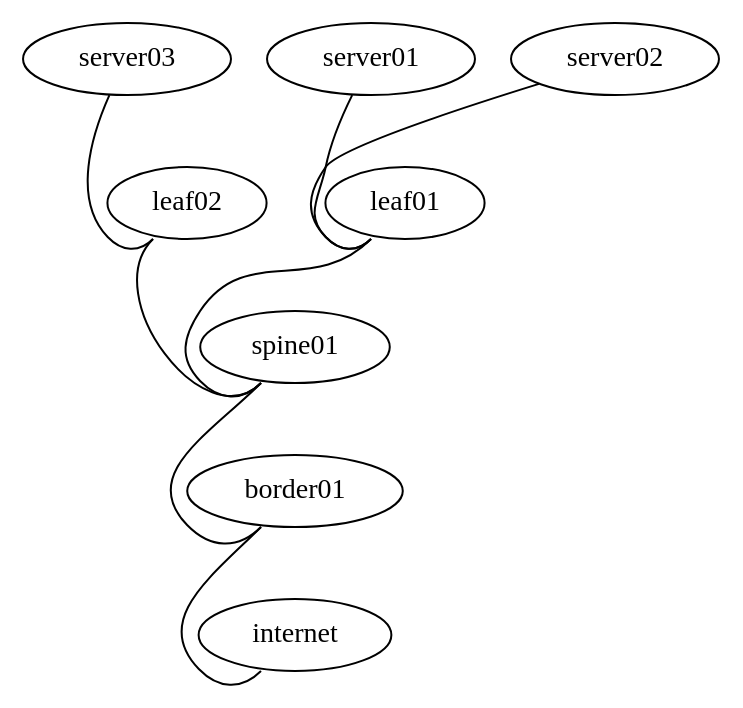
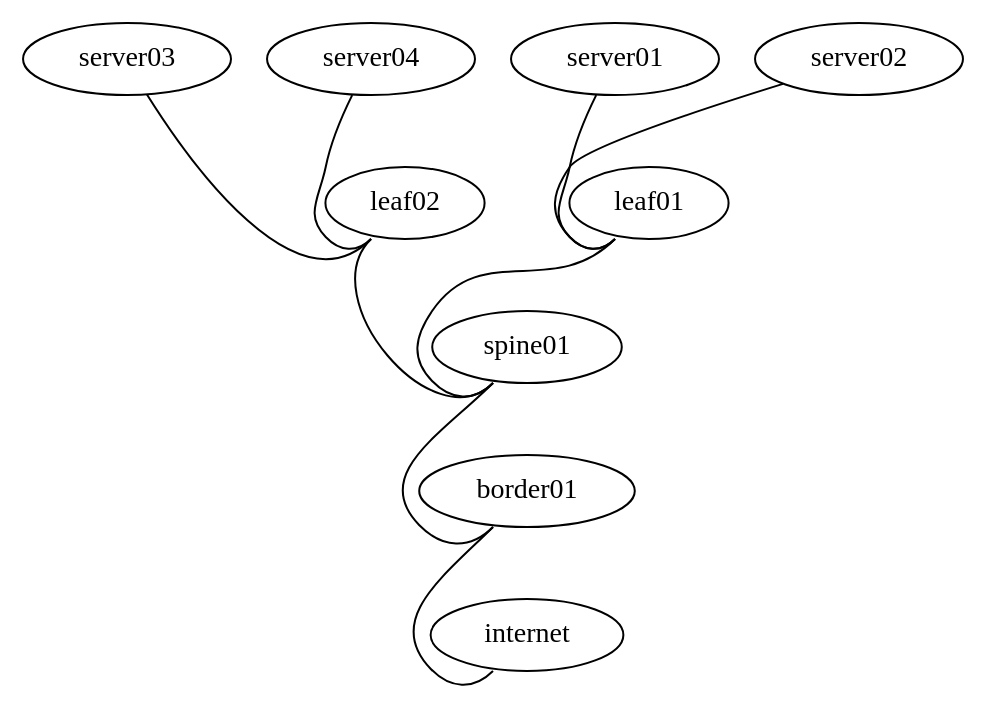
One commit to chronot1995/cumulus-its-centralized changed the diagram in documentation/cumulus-its-centralized.dot. Above: the diagram before and after it, drawn with Graphviz. The commit also changed 4 other files, not shown here.

```diff
--- a/documentation/cumulus-its-centralized.dot
+++ b/documentation/cumulus-its-centralized.dot
@@ -1,19 +1,21 @@
 graph training {
  "leaf01" [function="leaf" os="CumulusCommunity/cumulus-vx" version="3.7.11" memory="1024" config="./helper_scripts/extra_switch_config.sh" mgmt_ip="192.168.200.1"]
  "leaf02" [function="leaf" os="CumulusCommunity/cumulus-vx" version="3.7.11" memory="1024" config="./helper_scripts/extra_switch_config.sh" mgmt_ip="192.168.200.2"]
  "spine01" [function="leaf" os="CumulusCommunity/cumulus-vx" version="3.7.11" memory="1024" config="./helper_scripts/extra_switch_config.sh" mgmt_ip="192.168.200.3"]
  "border01" [function="leaf" os="CumulusCommunity/cumulus-vx" version="3.7.11" memory="1024" config="./helper_scripts/extra_switch_config.sh" mgmt_ip="192.168.200.4"]
  "internet" [function="leaf" os="CumulusCommunity/cumulus-vx" version="3.7.11" memory="1024" config="./helper_scripts/extra_switch_config.sh" mgmt_ip="192.168.200.5"]
  "server01" [function="host" os="generic/debian10" memory="768" config="./helper_scripts/extra_server_config.sh" mgmt_ip="192.168.200.11"]
  "server02" [function="host" os="generic/debian10" memory="768" config="./helper_scripts/extra_server_config.sh" mgmt_ip="192.168.200.12"]
  "server03" [function="host" os="generic/debian10" memory="768" config="./helper_scripts/extra_server_config.sh" mgmt_ip="192.168.200.13"]
+ "server04" [function="host" os="generic/debian10" memory="768" config="./helper_scripts/extra_server_config.sh" mgmt_ip="192.168.200.14"]
 
  "leaf01":"swp1" -- "spine01":"swp1"
  "leaf02":"swp1" -- "spine01":"swp2"
  "spine01":"swp3" -- "border01":"swp3"
  "border01":"swp1" -- "internet":"swp1"
  "server01":"eth1" -- "leaf01":"swp10"
  "server02":"eth1" -- "leaf01":"swp11"
  "server03":"eth1" -- "leaf02":"swp10"
+ "server04":"eth1" -- "leaf02":"swp11"
 
  }
```
